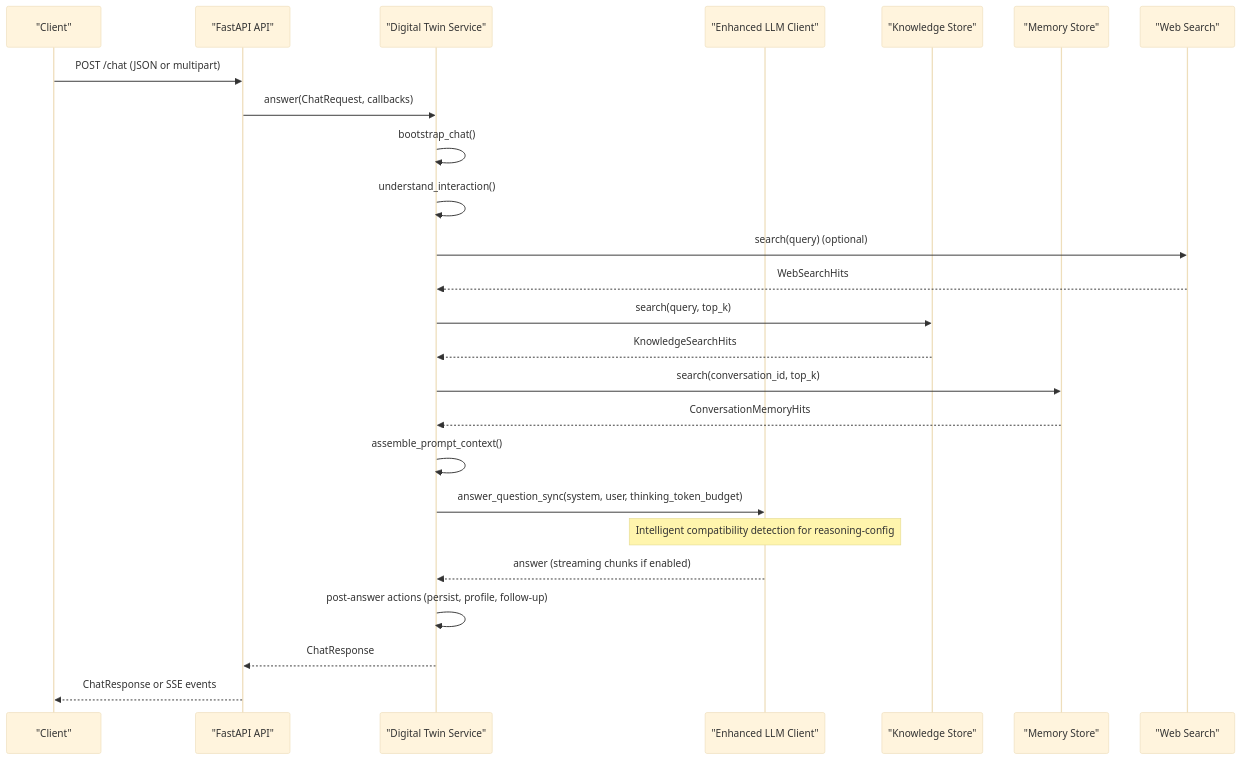
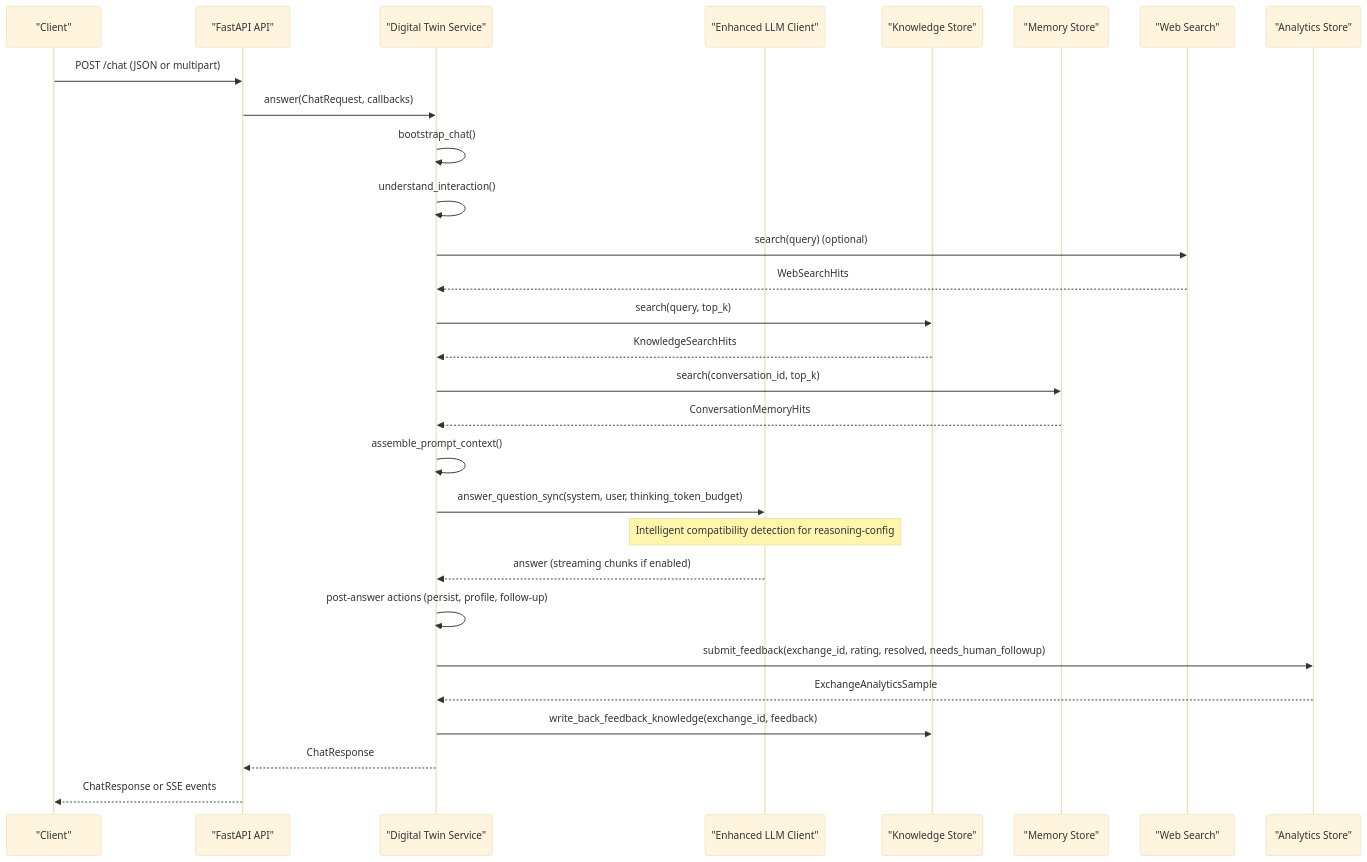
One commit to intellistream/sage-mate changed the second of 11 diagrams in .qoder/repowiki/en/content/Integration and Extensions/Integration and Extensions.md. Above: the diagram before and after it, drawn with Mermaid (base theme). The commit also changed other lines of this file and 60 other files, not shown here.

````diff
--- a/.qoder/repowiki/en/content/Integration and Extensions/Integration and Extensions.md
+++ b/.qoder/repowiki/en/content/Integration and Extensions/Integration and Extensions.md
@@ -113,27 +121,31 @@
 ```mermaid
 sequenceDiagram
 participant Client as "Client"
 participant API as "FastAPI API"
 participant Service as "Digital Twin Service"
 participant LLM as "Enhanced LLM Client"
 participant KB as "Knowledge Store"
 participant Mem as "Memory Store"
 participant WS as "Web Search"
+participant Analytics as "Analytics Store"
 Client->>API : POST /chat (JSON or multipart)
 API->>Service : answer(ChatRequest, callbacks)
 Service->>Service : bootstrap_chat()
 Service->>Service : understand_interaction()
 Service->>WS : search(query) (optional)
 WS-->>Service : WebSearchHits
 Service->>KB : search(query, top_k)
 KB-->>Service : KnowledgeSearchHits
 Service->>Mem : search(conversation_id, top_k)
 Mem-->>Service : ConversationMemoryHits
 Service->>Service : assemble_prompt_context()
 Service->>LLM : answer_question_sync(system, user, thinking_token_budget)
 Note over LLM : Intelligent compatibility detection for reasoning-config
 LLM-->>Service : answer (streaming chunks if enabled)
 Service->>Service : post-answer actions (persist, profile, follow-up)
+Service->>Analytics : submit_feedback(exchange_id, rating, resolved, needs_human_followup)
+Analytics-->>Service : ExchangeAnalyticsSample
+Service->>KB : write_back_feedback_knowledge(exchange_id, feedback)
 Service-->>API : ChatResponse
 API-->>Client : ChatResponse or SSE events
 ```
````
